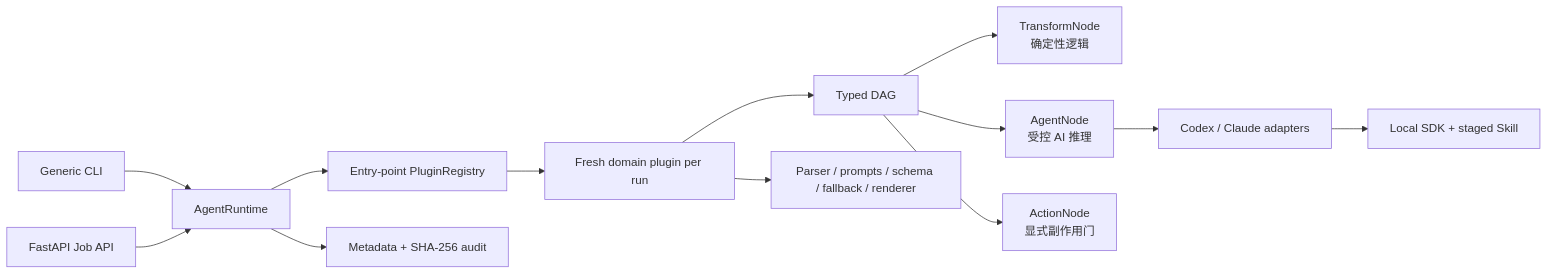
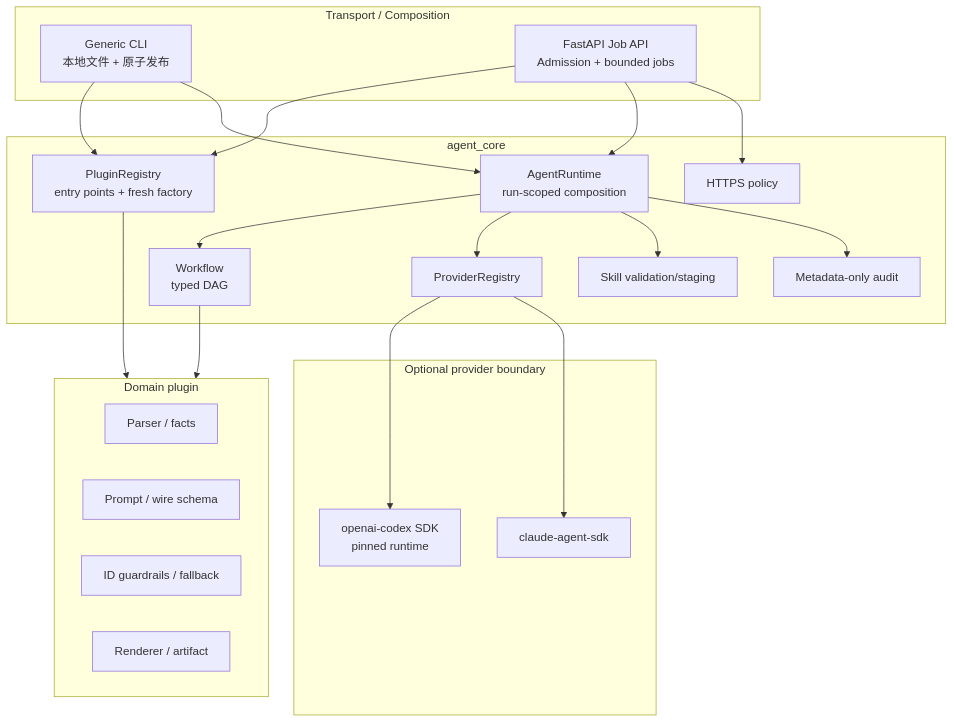
One commit to elvinyao/claudecode-agent-tool changed the second of 4 diagrams in README.md. Above: the diagram before and after it, drawn with Mermaid. The commit also changed other lines of this file and 2 other files, not shown here.

````diff
--- a/README.md
+++ b/README.md
@@ -17,15 +700,43 @@
 ```mermaid
-flowchart LR
-    CLI["Generic CLI"] --> Runtime["AgentRuntime"]
-    Web["FastAPI Job API"] --> Runtime
-    Runtime --> Registry["Entry-point PluginRegistry"]
-    Registry --> Plugin["Fresh domain plugin per run"]
-    Plugin --> DAG["Typed DAG"]
-    DAG --> T["TransformNode\n确定性逻辑"]
-    DAG --> A["AgentNode\n受控 AI 推理"]
-    DAG --> X["ActionNode\n显式副作用门"]
-    A --> Providers["Codex / Claude adapters"]
-    Providers --> SDK["Local SDK + staged Skill"]
-    Plugin --> Domain["Parser / prompts / schema / fallback / renderer"]
-    Runtime --> Audit["Metadata + SHA-256 audit"]
+flowchart TB
+    subgraph Transport["Transport / Composition"]
+        CLI["Generic CLI\n本地文件 + 原子发布"]
+        WEB["FastAPI Job API\nAdmission + bounded jobs"]
+    end
+
+    subgraph Core["agent_core"]
+        REG["PluginRegistry\nentry points + fresh factory"]
+        RT["AgentRuntime\nrun-scoped composition"]
+        DAG["Workflow\ntyped DAG"]
+        PR["ProviderRegistry"]
+        SK["Skill validation/staging"]
+        AU["Metadata-only audit"]
+        IO["HTTPS policy"]
+    end
+
+    subgraph Plugin["Domain plugin"]
+        PARSE["Parser / facts"]
+        PROMPT["Prompt / wire schema"]
+        RULES["ID guardrails / fallback"]
+        RENDER["Renderer / artifact"]
+    end
+
+    subgraph Provider["Optional provider boundary"]
+        CODEX["openai-codex SDK\npinned runtime"]
+        CLAUDE["claude-agent-sdk"]
+    end
+
+    CLI --> REG
+    WEB --> REG
+    CLI --> RT
+    WEB --> RT
+    RT --> DAG
+    RT --> PR
+    RT --> SK
+    RT --> AU
+    WEB --> IO
+    REG --> Plugin
+    DAG --> Plugin
+    PR --> CODEX
+    PR --> CLAUDE
 ```
````
